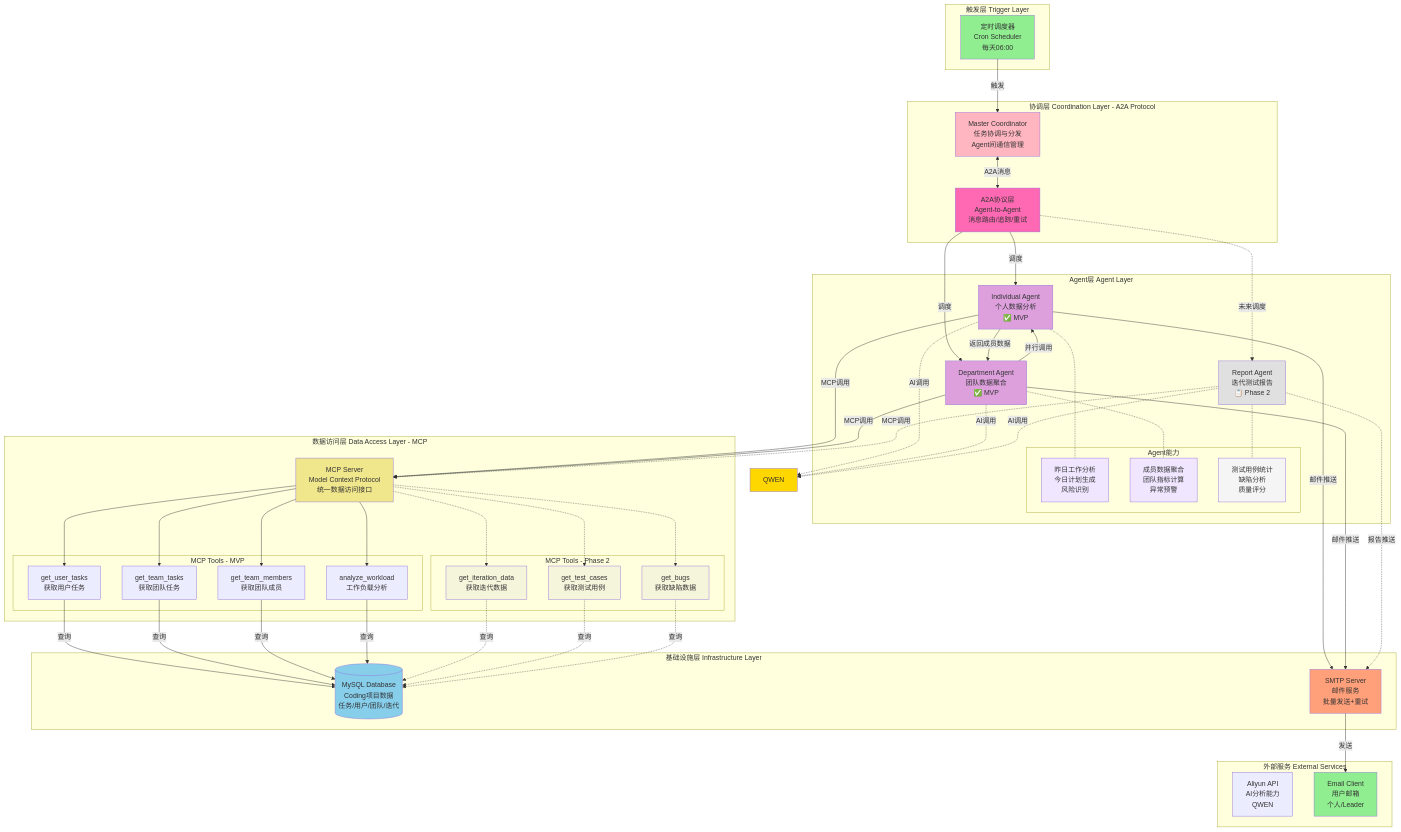
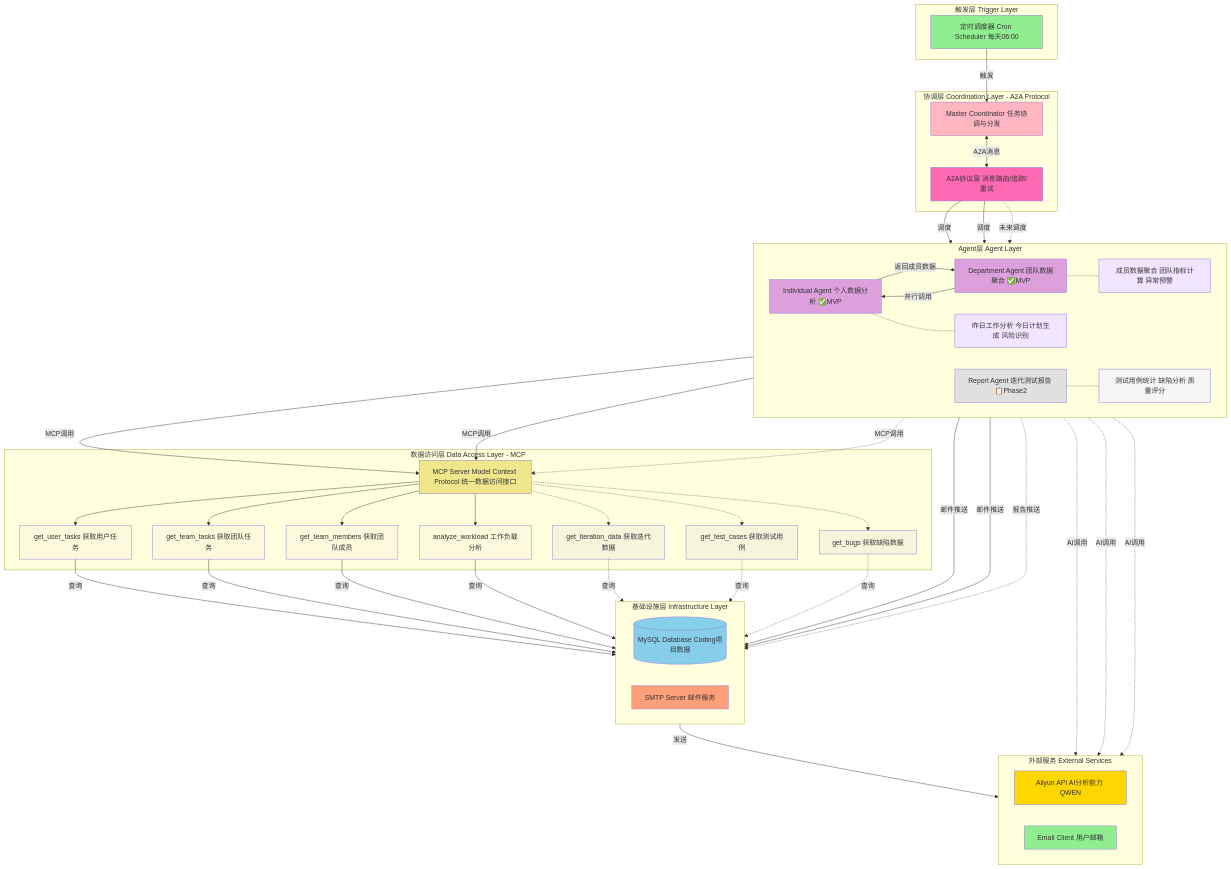
Before and after one commit to mrzhangmian/neturl: the second of 10 diagrams in t.md, drawn with Mermaid.

````diff
--- a/t.md
+++ b/t.md
@@ -49,51 +49,47 @@
 ```mermaid
 graph TB
-    subgraph "触发层 Trigger Layer"
-        Cron[定时调度器<br/>Cron Scheduler<br/>每天06:00]
+    subgraph Trigger["触发层 Trigger Layer"]
+        Cron[定时调度器 Cron Scheduler 每天06:00]
     end
 
-    subgraph "协调层 Coordination Layer - A2A Protocol"
-        Master[Master Coordinator<br/>任务协调与分发<br/>Agent间通信管理]
-        A2A[A2A协议层<br/>Agent-to-Agent<br/>消息路由/追踪/重试]
+    subgraph Coordination["协调层 Coordination Layer - A2A Protocol"]
+        Master[Master Coordinator 任务协调与分发]
+        A2A[A2A协议层 消息路由/追踪/重试]
     end
 
-    subgraph "Agent层 Agent Layer"
-        IA[Individual Agent<br/>个人数据分析<br/>✅ MVP]
-        DA[Department Agent<br/>团队数据聚合<br/>✅ MVP]
-        RA[Report Agent<br/>迭代测试报告<br/>📋 Phase 2]
+    subgraph AgentLayer["Agent层 Agent Layer"]
+        direction LR
+        IA[Individual Agent 个人数据分析 ✅MVP]
+        DA[Department Agent 团队数据聚合 ✅MVP]
+        RA[Report Agent 迭代测试报告 📋Phase2]
 
-        subgraph "Agent能力"
-            IA_Cap[昨日工作分析<br/>今日计划生成<br/>风险识别]
-            DA_Cap[成员数据聚合<br/>团队指标计算<br/>异常预警]
-            RA_Cap[测试用例统计<br/>缺陷分析<br/>质量评分]
-        end
+        IA_Cap[昨日工作分析 今日计划生成 风险识别]
+        DA_Cap[成员数据聚合 团队指标计算 异常预警]
+        RA_Cap[测试用例统计 缺陷分析 质量评分]
     end
 
-    subgraph "数据访问层 Data Access Layer - MCP"
-        MCP[MCP Server<br/>Model Context Protocol<br/>统一数据访问接口]
+    subgraph DataAccess["数据访问层 Data Access Layer - MCP"]
+        MCP[MCP Server Model Context Protocol 统一数据访问接口]
 
-        subgraph "MCP Tools - MVP"
-            T1[get_user_tasks<br/>获取用户任务]
-            T2[get_team_tasks<br/>获取团队任务]
-            T3[get_team_members<br/>获取团队成员]
-            T4[analyze_workload<br/>工作负载分析]
-        end
-
-        subgraph "MCP Tools - Phase 2"
-            T5[get_iteration_data<br/>获取迭代数据]
-            T6[get_test_cases<br/>获取测试用例]
-            T7[get_bugs<br/>获取缺陷数据]
-        end
+        T1[get_user_tasks 获取用户任务]
+        T2[get_team_tasks 获取团队任务]
+        T3[get_team_members 获取团队成员]
+        T4[analyze_workload 工作负载分析]
+        T5[get_iteration_data 获取迭代数据]
+        T6[get_test_cases 获取测试用例]
+        T7[get_bugs 获取缺陷数据]
     end
 
-    subgraph "基础设施层 Infrastructure Layer"
-        DB[(MySQL Database<br/>Coding项目数据<br/>任务/用户/团队/迭代)]
-        SMTP[SMTP Server<br/>邮件服务<br/>批量发送+重试]
+    subgraph Infrastructure["基础设施层 Infrastructure Layer"]
+        direction LR
+        DB[(MySQL Database Coding项目数据)]
+        SMTP[SMTP Server 邮件服务]
     end
 
-    subgraph "外部服务 External Services"
-        阿里云百炼[Aliyun API<br/>AI分析能力<br/>QWEN]
-        Email[Email Client<br/>用户邮箱<br/>个人/Leader]
+    subgraph External["外部服务 External Services"]
+        direction LR
+        QWEN[Aliyun API AI分析能力 QWEN]
+        EmailClient[Email Client 用户邮箱]
     end
 
     Cron -->|触发| Master
@@ -110,13 +106,8 @@
     DA -->|MCP调用| MCP
     RA -.->|MCP调用| MCP
 
-    MCP --> T1
-    MCP --> T2
-    MCP --> T3
-    MCP --> T4
-    MCP -.-> T5
-    MCP -.-> T6
-    MCP -.-> T7
+    MCP --> T1 & T2 & T3 & T4
+    MCP -.-> T5 & T6 & T7
 
     T1 & T2 & T3 & T4 -->|查询| DB
     T5 & T6 & T7 -.->|查询| DB
@@ -126,7 +117,7 @@
     IA & DA -->|邮件推送| SMTP
     RA -.->|报告推送| SMTP
 
-    SMTP -->|发送| Email
+    SMTP -->|发送| EmailClient
 
     IA -.- IA_Cap
     DA -.- DA_Cap
@@ -142,11 +133,15 @@
     style DA_Cap fill:#F0E6FF
     style RA_Cap fill:#F5F5F5
     style MCP fill:#F0E68C
+    style T1 fill:#FFF8DC
+    style T2 fill:#FFF8DC
+    style T3 fill:#FFF8DC
+    style T4 fill:#FFF8DC
     style T5 fill:#F5F5DC
     style T6 fill:#F5F5DC
     style T7 fill:#F5F5DC
     style DB fill:#87CEEB
     style SMTP fill:#FFA07A
     style QWEN fill:#FFD700
-    style Email fill:#90EE90
+    style EmailClient fill:#90EE90
 ```
````
